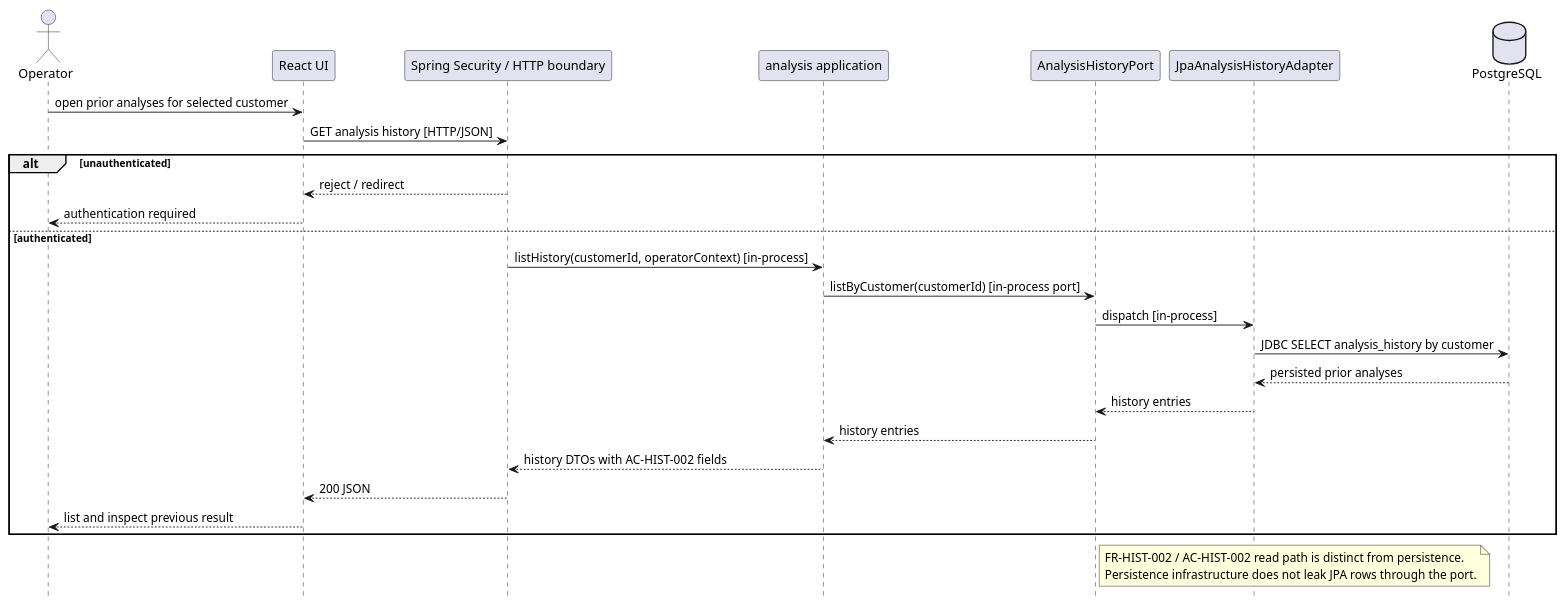
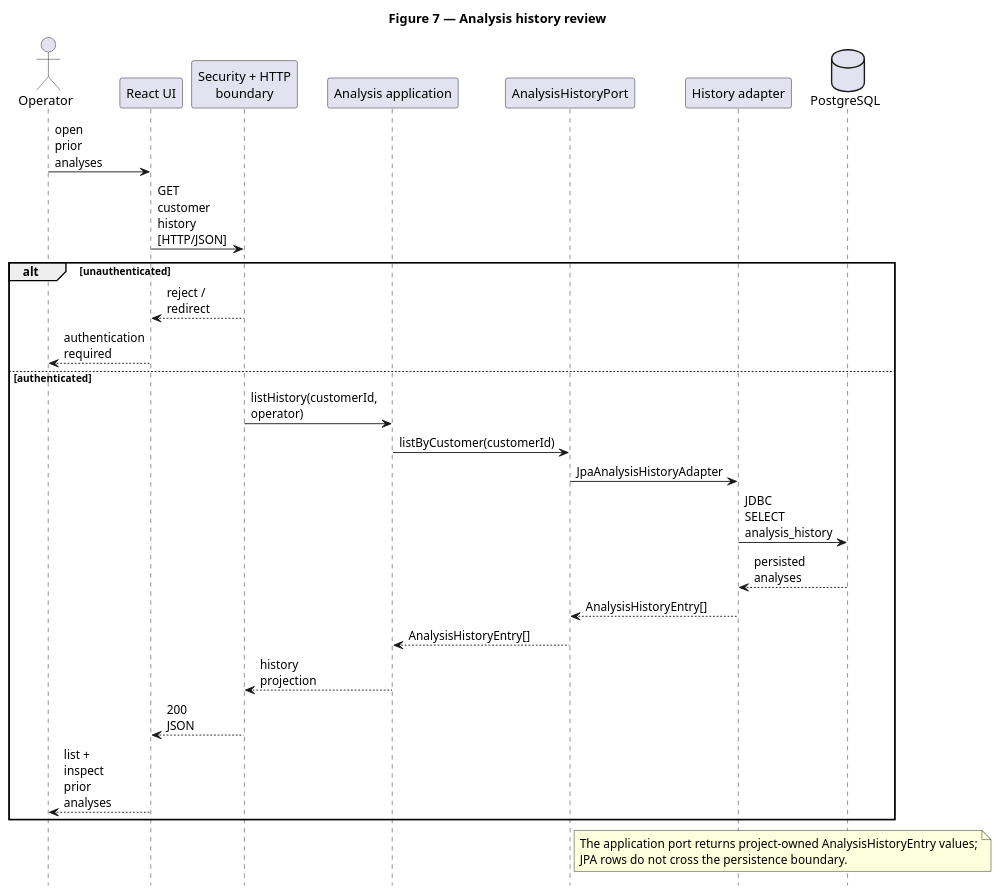
The diagram in docs/assignment/SDD/diagrams/sequence-analysis-history.puml (jdoe-dev-159753/specgraph-reference-app), drawn with PlantUML before and after one commit.

Commit message:
docs: compact analysis history sequence

```diff
--- a/docs/assignment/SDD/diagrams/sequence-analysis-history.puml
+++ b/docs/assignment/SDD/diagrams/sequence-analysis-history.puml
@@ -1,33 +1,36 @@
 @startuml
+title Figure 7 — Analysis history review
 hide footbox
+skinparam maxMessageSize 52
+
 actor Operator
 participant "React UI" as UI
-participant "Spring Security / HTTP boundary" as Boundary
-participant "analysis application" as Analysis
+participant "Security + HTTP\nboundary" as Boundary
+participant "Analysis application" as Analysis
 participant "AnalysisHistoryPort" as History
-participant "JpaAnalysisHistoryAdapter" as Jpa
+participant "History adapter" as Adapter
 database "PostgreSQL" as DB
 
-Operator -> UI : open prior analyses for selected customer
-UI -> Boundary : GET analysis history [HTTP/JSON]
+Operator -> UI : open prior analyses
+UI -> Boundary : GET customer history [HTTP/JSON]
 alt unauthenticated
   Boundary --> UI : reject / redirect
   UI --> Operator : authentication required
 else authenticated
-  Boundary -> Analysis : listHistory(customerId, operatorContext) [in-process]
-  Analysis -> History : listByCustomer(customerId) [in-process port]
-  History -> Jpa : dispatch [in-process]
-  Jpa -> DB : JDBC SELECT analysis_history by customer
-  DB --> Jpa : persisted prior analyses
-  Jpa --> History : history entries
-  History --> Analysis : history entries
-  Analysis --> Boundary : history DTOs with AC-HIST-002 fields
+  Boundary -> Analysis : listHistory(customerId, operator)
+  Analysis -> History : listByCustomer(customerId)
+  History -> Adapter : JpaAnalysisHistoryAdapter
+  Adapter -> DB : JDBC SELECT analysis_history
+  DB --> Adapter : persisted analyses
+  Adapter --> History : AnalysisHistoryEntry[]
+  History --> Analysis : AnalysisHistoryEntry[]
+  Analysis --> Boundary : history projection
   Boundary --> UI : 200 JSON
-  UI --> Operator : list and inspect previous result
+  UI --> Operator : list + inspect prior analyses
 end
 
 note right of History
-  FR-HIST-002 / AC-HIST-002 read path is distinct from persistence.
-  Persistence infrastructure does not leak JPA rows through the port.
+  The application port returns project-owned AnalysisHistoryEntry values;
+  JPA rows do not cross the persistence boundary.
 end note
 @enduml
```
